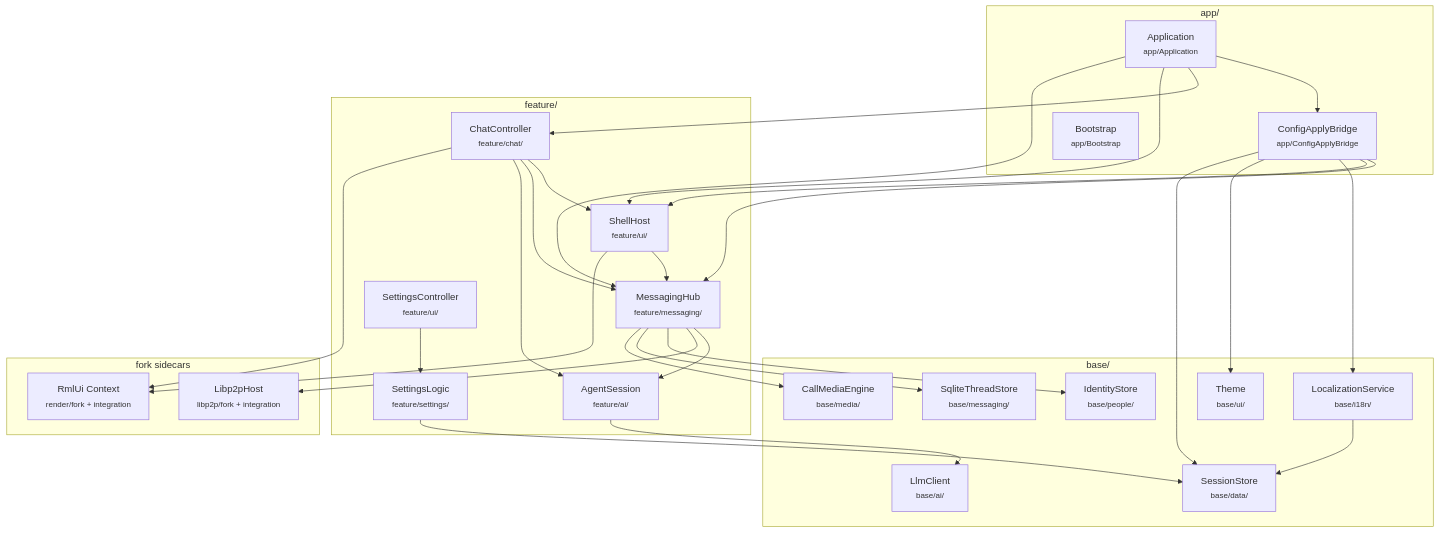
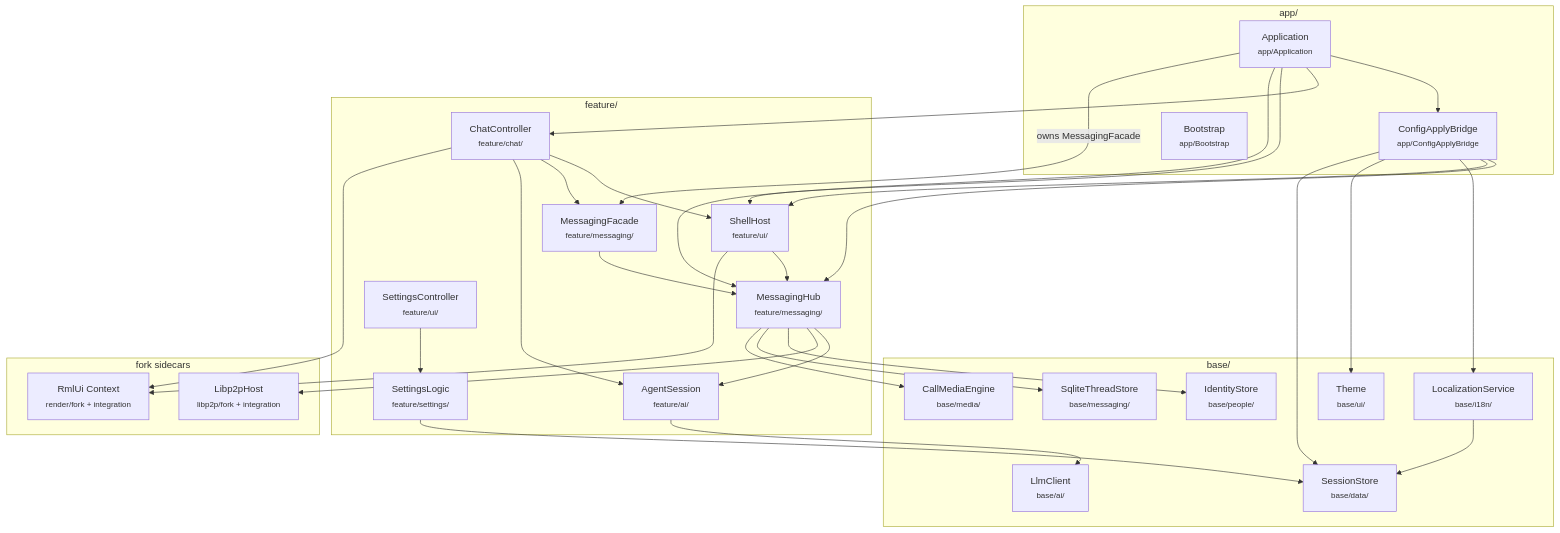
The first of 4 diagrams in docs/architecture/RUNTIME_COMPOSITION.md (people-post/pp-browser), drawn with Mermaid before and after one commit. The commit also changed other lines of this file and 18 other files, not shown here.

First line of the commit message:
Introduce MessagingFacade and retire MessagingChatPorts.

````diff
--- a/docs/architecture/RUNTIME_COMPOSITION.md
+++ b/docs/architecture/RUNTIME_COMPOSITION.md
@@ -18,58 +18,61 @@
 ```mermaid
 flowchart TB
   subgraph app_layer["app/"]
     Application["Application<br/><small>app/Application</small>"]
     ConfigApplyBridge["ConfigApplyBridge<br/><small>app/ConfigApplyBridge</small>"]
     Bootstrap["Bootstrap<br/><small>app/Bootstrap</small>"]
   end
 
   subgraph feature_layer["feature/"]
     SettingsLogic["SettingsLogic<br/><small>feature/settings/</small>"]
     AgentSession["AgentSession<br/><small>feature/ai/</small>"]
     MessagingHub["MessagingHub<br/><small>feature/messaging/</small>"]
+    MessagingFacade["MessagingFacade<br/><small>feature/messaging/</small>"]
     ShellHost["ShellHost<br/><small>feature/ui/</small>"]
     SettingsController["SettingsController<br/><small>feature/ui/</small>"]
     ChatController["ChatController<br/><small>feature/chat/</small>"]
   end
 
   subgraph base_layer["base/"]
     SessionStore["SessionStore<br/><small>base/data/</small>"]
     LocalizationService["LocalizationService<br/><small>base/i18n/</small>"]
     Theme["Theme<br/><small>base/ui/</small>"]
     IdentityStore["IdentityStore<br/><small>base/people/</small>"]
     ThreadStore["SqliteThreadStore<br/><small>base/messaging/</small>"]
     LlmClient["LlmClient<br/><small>base/ai/</small>"]
     CallMediaEngine["CallMediaEngine<br/><small>base/media/</small>"]
   end
 
   subgraph sidecars["fork sidecars"]
     RmlUi["RmlUi Context<br/><small>render/fork + integration</small>"]
     Libp2p["Libp2pHost<br/><small>libp2p/fork + integration</small>"]
   end
 
   Application --> ConfigApplyBridge
   Application --> ChatController
   Application --> ShellHost
   Application --> MessagingHub
+  Application -->|owns MessagingFacade| MessagingFacade
+  MessagingFacade --> MessagingHub
   ConfigApplyBridge --> MessagingHub
   ConfigApplyBridge --> ShellHost
   ConfigApplyBridge --> LocalizationService
   ConfigApplyBridge --> Theme
   ConfigApplyBridge --> SessionStore
 
   ChatController --> ShellHost
-  ChatController --> MessagingHub
+  ChatController --> MessagingFacade
   ChatController --> AgentSession
   ShellHost --> MessagingHub
   SettingsController --> SettingsLogic
   MessagingHub --> AgentSession
   MessagingHub --> Libp2p
   MessagingHub --> IdentityStore
   MessagingHub --> ThreadStore
   MessagingHub --> CallMediaEngine
   ShellHost --> RmlUi
   ChatController --> RmlUi
   SettingsLogic --> SessionStore
   AgentSession --> LlmClient
   LocalizationService --> SessionStore
 ```
````
